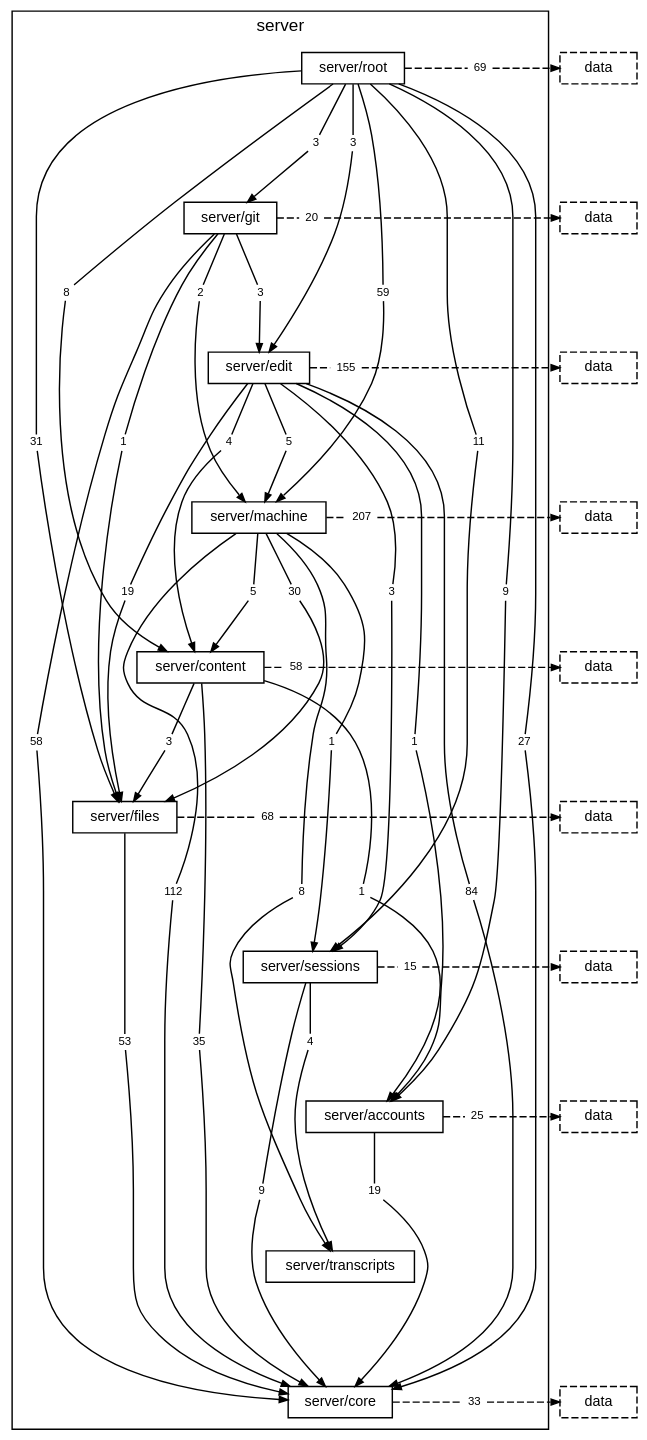
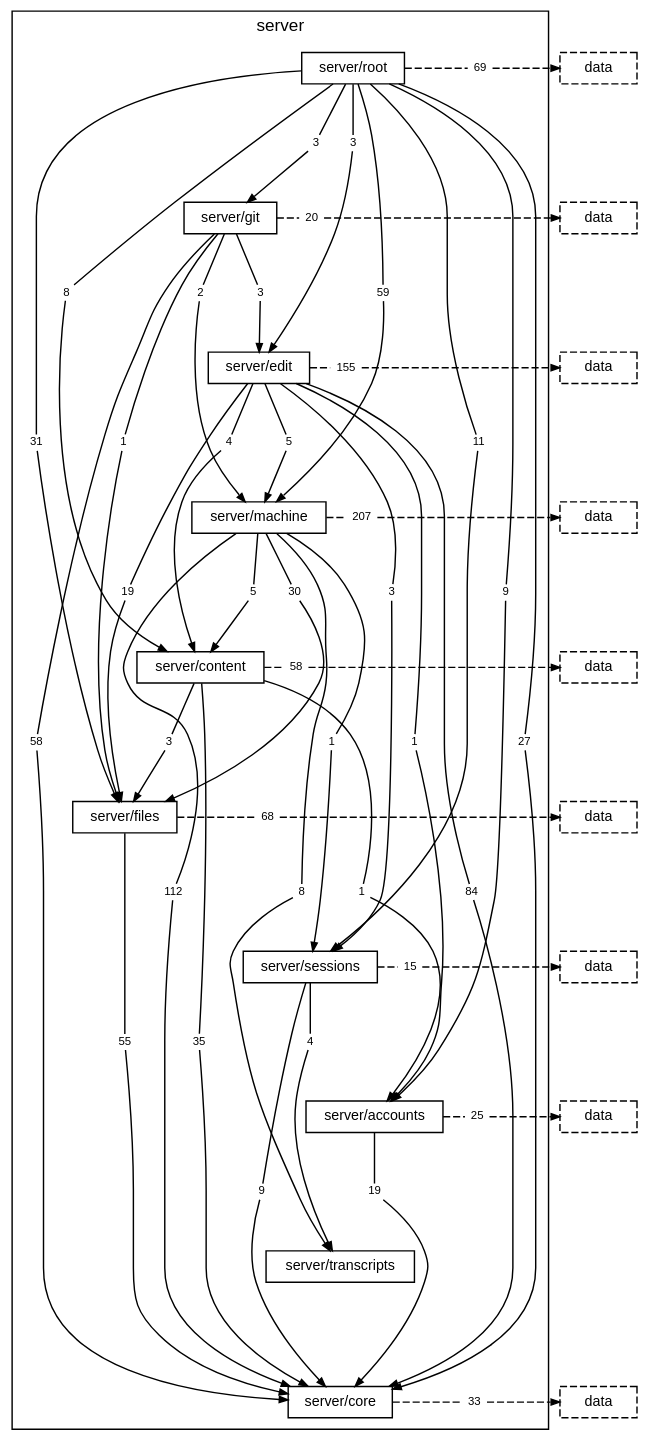
Before and after one commit to TheAxeC/oculus: the diagram in docs/diagrams/layer-server.dot, drawn with Graphviz. The commit also changed 92 other files, not shown here.

```diff
--- a/docs/diagrams/layer-server.dot
+++ b/docs/diagrams/layer-server.dot
@@ -45,7 +45,7 @@
         "folder server/content to folder server/core" [label="35", shape=box, color="transparent", fontsize=8, width=0, height=0, margin="0.04,0.02"];
         "folder server/content to folder server/files" [label="3", shape=box, color="transparent", fontsize=8, width=0, height=0, margin="0.04,0.02"];
         "folder server/content to layer data" [label="58", shape=box, color="transparent", fontsize=8, width=0, height=0, margin="0.04,0.02"];
-        "folder server/files to folder server/core" [label="53", shape=box, color="transparent", fontsize=8, width=0, height=0, margin="0.04,0.02"];
+        "folder server/files to folder server/core" [label="55", shape=box, color="transparent", fontsize=8, width=0, height=0, margin="0.04,0.02"];
         "folder server/files to layer data" [label="68", shape=box, color="transparent", fontsize=8, width=0, height=0, margin="0.04,0.02"];
         "folder server/sessions to folder server/core" [label="9", shape=box, color="transparent", fontsize=8, width=0, height=0, margin="0.04,0.02"];
         "folder server/sessions to folder server/transcripts" [label="4", shape=box, color="transparent", fontsize=8, width=0, height=0, margin="0.04,0.02"];
```
